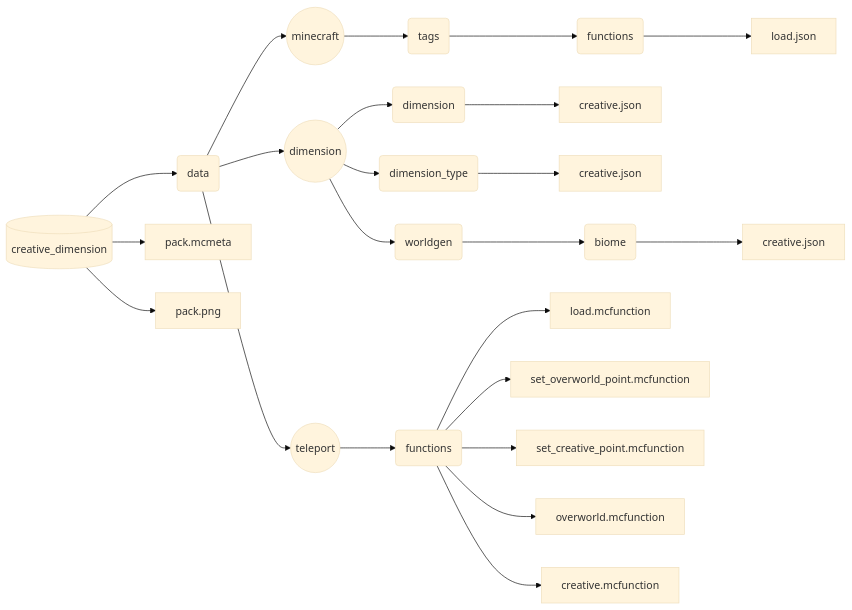
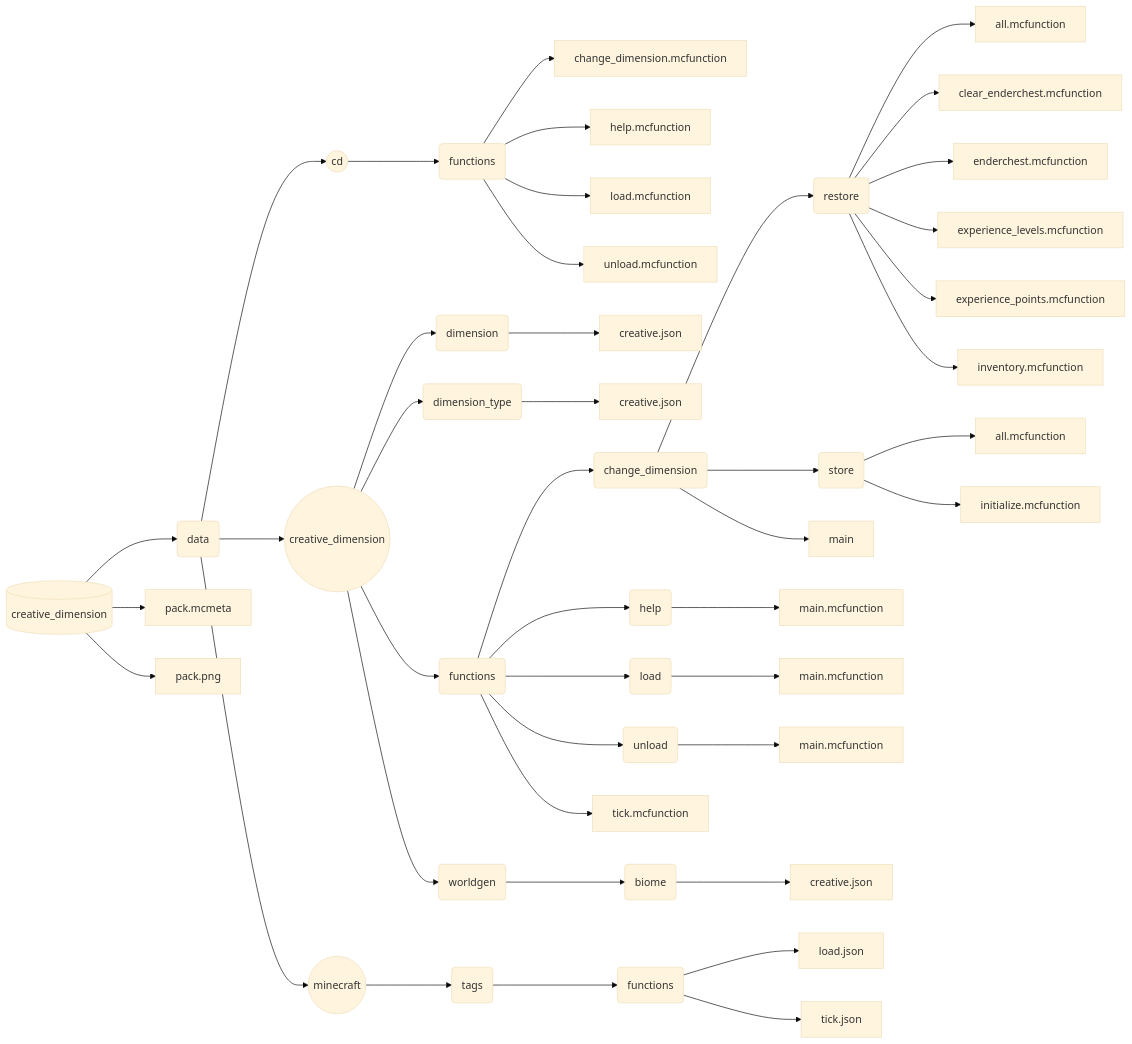
Before and after one commit to Srymm/creative_dimension: the diagram in README.md, drawn with Mermaid (base theme).

Commit message:
Update file tree in README.md

````diff
--- a/README.md
+++ b/README.md
@@ -44,18 +44,36 @@
 ```mermaid
 graph LR
 PACK[(creative_dimension)]
-PACK-->DATA(data)
-       DATA-->MINECRAFT((minecraft))-->A(tags)-->B(functions)-->C[load.json]
-       DATA-->DIMENSION((dimension))
-              DIMENSION-->D(dimension)-->E[creative.json]
-              DIMENSION-->F(dimension_type)-->G[creative.json]
-              DIMENSION-->H(worldgen)-->I(biome)-->J[creative.json]
-       DATA-->TELEPORT((teleport))-->FUNCTIONS(functions)
-                                     FUNCTIONS-->K[load.mcfunction]
-                                     FUNCTIONS-->L[set_overworld_point.mcfunction]
-                                     FUNCTIONS-->M[set_creative_point.mcfunction]
-                                     FUNCTIONS-->N[overworld.mcfunction]
-                                     FUNCTIONS-->O[creative.mcfunction]
-PACK-->P[pack.mcmeta]
-PACK-->Q[pack.png]
+PACK --> DATA(data)
+         DATA --> CD((cd)) --> INTERFACE(functions)
+                               INTERFACE --> A[change_dimension.mcfunction]
+                               INTERFACE --> B[help.mcfunction]
+                               INTERFACE --> C[load.mcfunction]
+                               INTERFACE --> D[unload.mcfunction]
+         DATA --> CREATIVE_DIMENSION((creative_dimension))
+                  CREATIVE_DIMENSION --> DIMENSION(dimension) --> E[creative.json]
+                  CREATIVE_DIMENSION --> DIMENSION_TYPE(dimension_type) --> F[creative.json]
+                  CREATIVE_DIMENSION --> FUNCTIONS(functions)
+                                         FUNCTIONS --> CHANGE_DIMENSION(change_dimension)
+                                                       CHANGE_DIMENSION --> RESTORE(restore)
+                                                                            RESTORE --> H[all.mcfunction]
+                                                                            RESTORE --> I[clear_enderchest.mcfunction]
+                                                                            RESTORE --> J[enderchest.mcfunction]
+                                                                            RESTORE --> K[experience_levels.mcfunction]
+                                                                            RESTORE --> L[experience_points.mcfunction]
+                                                                            RESTORE --> M[inventory.mcfunction]
+                                                       CHANGE_DIMENSION --> STORE(store)
+                                                                            STORE --> N[all.mcfunction]
+                                                                            STORE --> O[initialize.mcfunction]
+                                                       CHANGE_DIMENSION --> P[main]
+                                         FUNCTIONS --> HELP(help) --> Q[main.mcfunction]
+                                         FUNCTIONS --> LOAD(load) --> R[main.mcfunction]
+                                         FUNCTIONS --> UNLOAD(unload) --> S[main.mcfunction]
+                                         FUNCTIONS --> T[tick.mcfunction]
+                  CREATIVE_DIMENSION --> WORLDGEN(worldgen) --> BIOME(biome) --> G[creative.json]
+         DATA --> MINECRAFT((minecraft)) --> TAGS(tags) --> AUTOMATICALLY(functions)
+                                                            AUTOMATICALLY --> U[load.json]
+                                                            AUTOMATICALLY --> V[tick.json]
+PACK-->W[pack.mcmeta]
+PACK-->X[pack.png]
 ```
````
